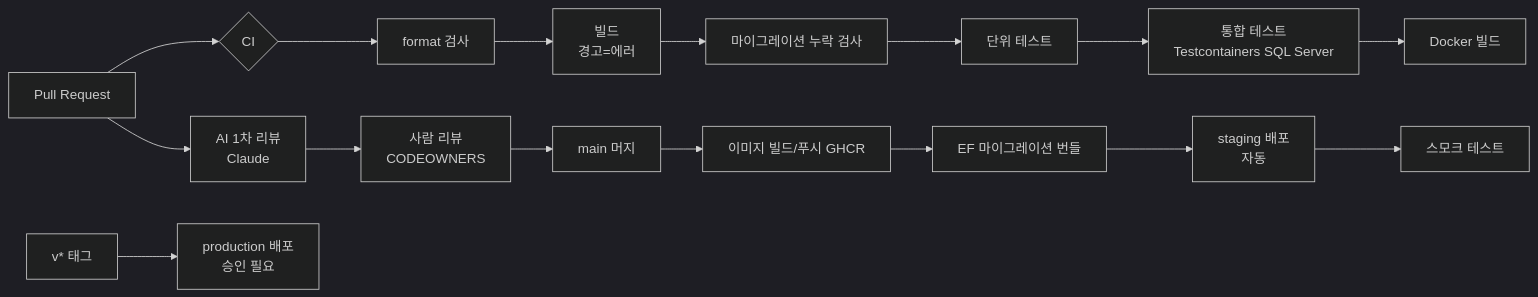
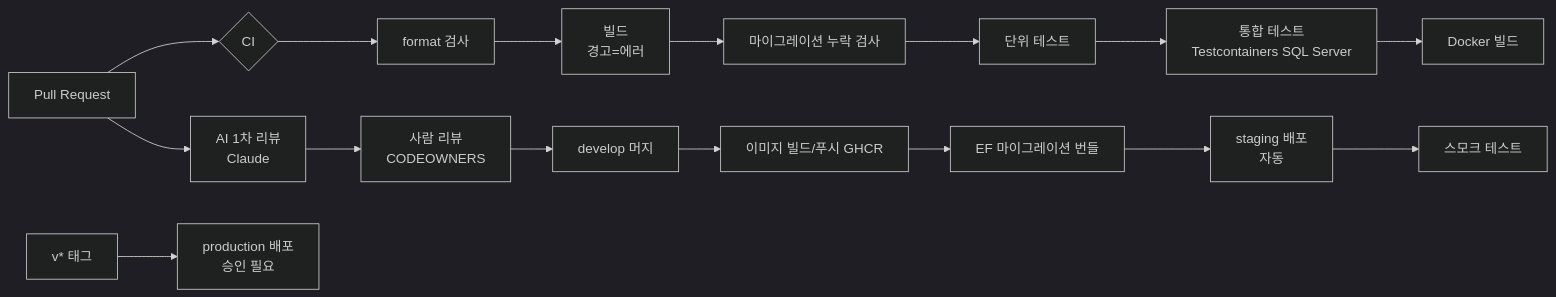
Before and after one commit to hyunolike/game-portal-poc: the fourth of 4 diagrams in docs/ARCHITECTURE.md, drawn with Mermaid (dark theme). The commit also changed 6 other files, not shown here.

````diff
--- a/docs/ARCHITECTURE.md
+++ b/docs/ARCHITECTURE.md
@@ -233,9 +233,9 @@
 ```mermaid
 flowchart LR
     PR[Pull Request] --> CI{CI}
     CI --> F[format 검사] --> B[빌드<br/>경고=에러] --> M[마이그레이션 누락 검사] --> UT[단위 테스트] --> IT[통합 테스트<br/>Testcontainers SQL Server] --> D[Docker 빌드]
     PR --> AI[AI 1차 리뷰<br/>Claude] --> H[사람 리뷰<br/>CODEOWNERS]
-    H --> MG[main 머지]
+    H --> MG[develop 머지]
     MG --> IMG[이미지 빌드/푸시 GHCR] --> MB[EF 마이그레이션 번들] --> ST[staging 배포<br/>자동] --> SM[스모크 테스트]
     TAG[v* 태그] --> PRD[production 배포<br/>승인 필요]
 ```
````
